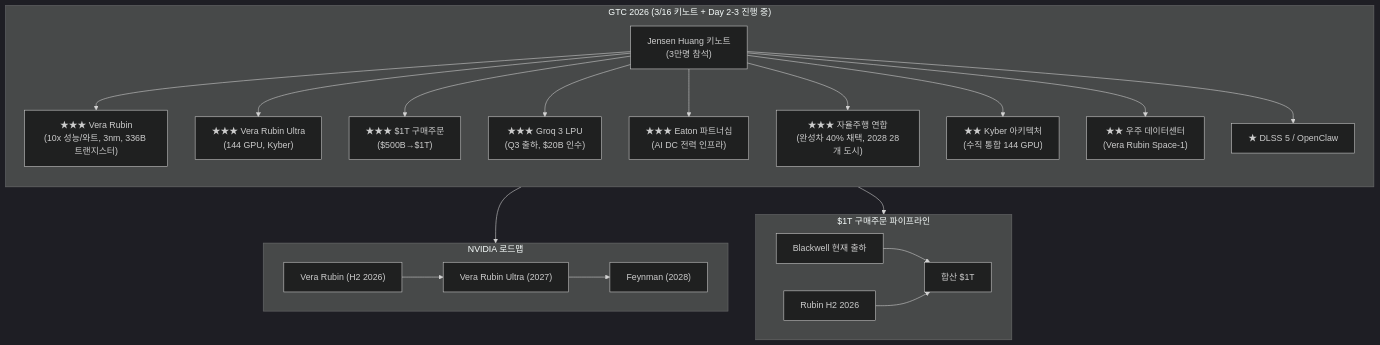
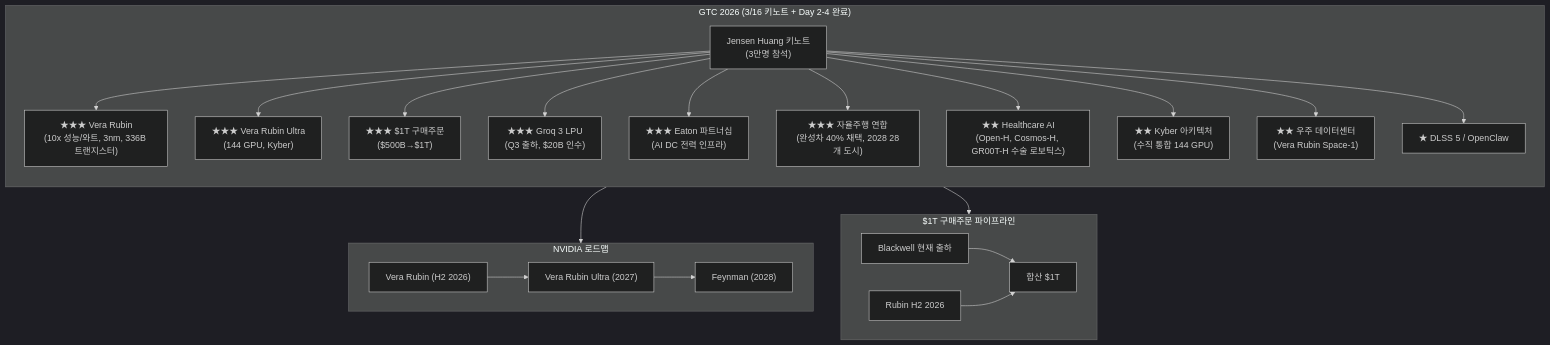
Before and after one commit to dss99911/dss99911.github.io: the second of 4 diagrams in _posts/knowledge/invest/2026-01-21-semiconductor-sector-outlook-2026.md, drawn with Mermaid (dark theme). The commit also changed other lines of this file and 1 other file, not shown here.

````diff
--- a/_posts/knowledge/invest/2026-01-21-semiconductor-sector-outlook-2026.md
+++ b/_posts/knowledge/invest/2026-01-21-semiconductor-sector-outlook-2026.md
@@ -146,33 +153,34 @@
 ```mermaid
 graph TB
-    subgraph GTC2026["GTC 2026 #40;3/16 키노트 + Day 2-3 진행 중#41;"]
+    subgraph GTC2026["GTC 2026 #40;3/16 키노트 + Day 2-4 완료#41;"]
         direction TB
         K["Jensen Huang 키노트<br/>#40;3만명 참석#41;"]
         K --> VR["★★★ Vera Rubin<br/>#40;10x 성능/와트, 3nm, 336B 트랜지스터#41;"]
         K --> VRU["★★★ Vera Rubin Ultra<br/>#40;144 GPU, Kyber#41;"]
         K --> T["★★★ $1T 구매주문<br/>#40;$500B→$1T#41;"]
         K --> G3["★★★ Groq 3 LPU<br/>#40;Q3 출하, $20B 인수#41;"]
         K --> ET["★★★ Eaton 파트너십<br/>#40;AI DC 전력 인프라#41;"]
         K --> AD["★★★ 자율주행 연합<br/>#40;완성차 40% 채택, 2028 28개 도시#41;"]
+        K --> HC["★★ Healthcare AI<br/>#40;Open-H, Cosmos-H, GR00T-H 수술 로보틱스#41;"]
         K --> KY["★★ Kyber 아키텍처<br/>#40;수직 통합 144 GPU#41;"]
         K --> SP["★★ 우주 데이터센터<br/>#40;Vera Rubin Space-1#41;"]
         K --> D5["★ DLSS 5 / OpenClaw"]
     end
 
     subgraph 로드맵["NVIDIA 로드맵"]
         VR2["Vera Rubin #40;H2 2026#41;"]
         VU2["Vera Rubin Ultra #40;2027#41;"]
         FG2["Feynman #40;2028#41;"]
         VR2 --> VU2 --> FG2
     end
 
     subgraph 수요["$1T 구매주문 파이프라인"]
         BW["Blackwell 현재 출하"]
         RB["Rubin H2 2026"]
         BW --> T2["합산 $1T"]
         RB --> T2
     end
 
     GTC2026 --> 로드맵
     GTC2026 --> 수요
 ```
````
